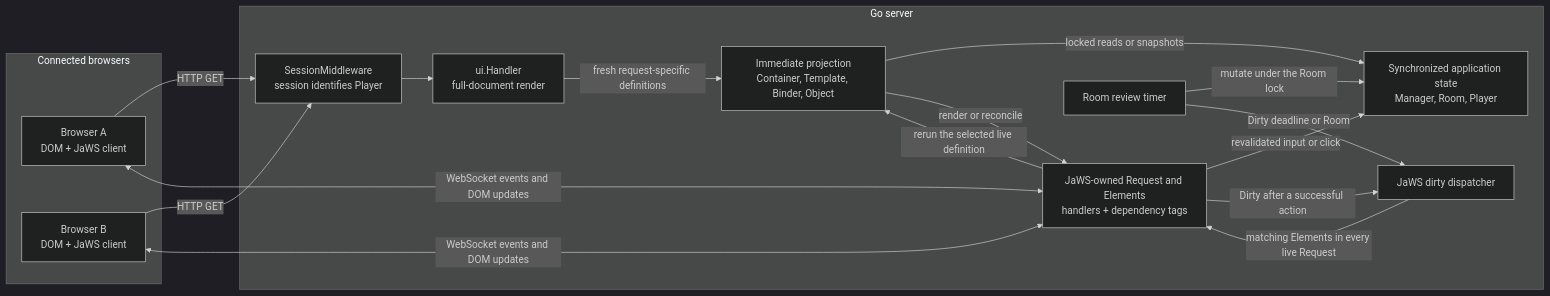
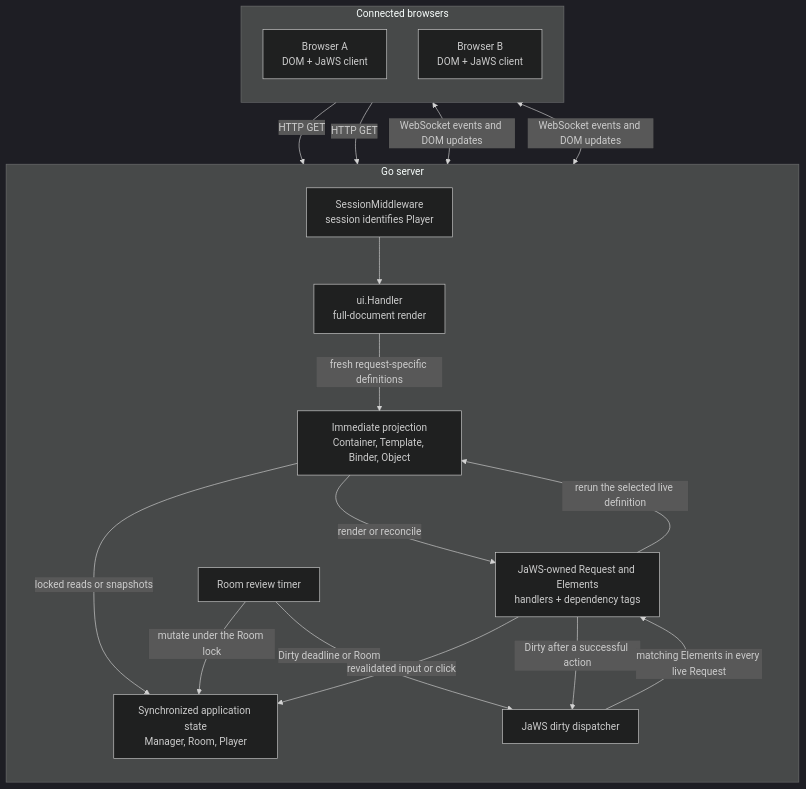
One commit to linkdata/xyzzy changed the diagram in README.md. Above: the diagram before and after it, drawn with Mermaid (dark theme).

Commit message:
docs: make architecture diagram vertical

````diff
--- a/README.md
+++ b/README.md
@@ -59,33 +59,35 @@
 ```mermaid
-flowchart LR
+flowchart TD
     subgraph browsers["Connected browsers"]
+        direction TB
         A["Browser A<br/>DOM + JaWS client"]
         B["Browser B<br/>DOM + JaWS client"]
     end
 
     subgraph server["Go server"]
+        direction TB
         M["SessionMiddleware<br/>session identifies Player"]
         H["ui.Handler<br/>full-document render"]
         P["Immediate projection<br/>Container, Template, Binder, Object"]
         E["JaWS-owned Request and Elements<br/>handlers + dependency tags"]
         S["Synchronized application state<br/>Manager, Room, Player"]
         D["JaWS dirty dispatcher"]
         T["Room review timer"]
     end
 
     A -->|"HTTP GET"| M
     B -->|"HTTP GET"| M
     M --> H
     H -->|"fresh request-specific definitions"| P
     P -->|"locked reads or snapshots"| S
     P -->|"render or reconcile"| E
 
     A <-->|"WebSocket events and DOM updates"| E
     B <-->|"WebSocket events and DOM updates"| E
     E -->|"revalidated input or click"| S
     E -->|"Dirty after a successful action"| D
     T -->|"mutate under the Room lock"| S
     T -->|"Dirty deadline or Room"| D
     D -->|"matching Elements in every live Request"| E
     E -->|"rerun the selected live definition"| P
 ```
````
